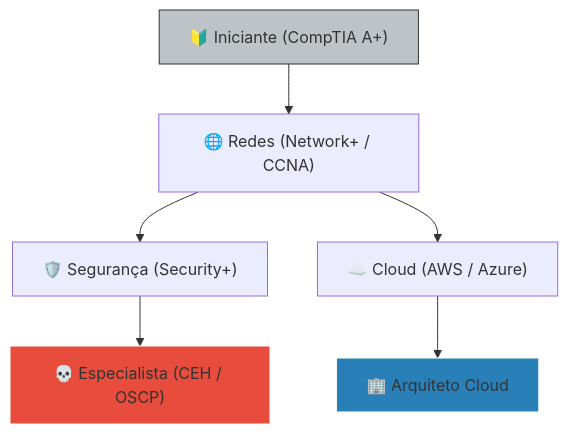
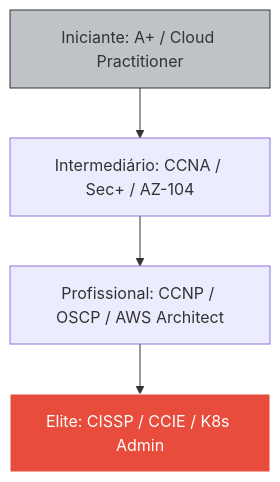
Before and after one commit to Mushyc/WIKI_MATHEUS_TI: the diagram in guias/Guia_Roadmap_Certificacoes.md, drawn with Mermaid. The commit also changed other lines of this file and 18 other files, not shown here.

````diff
--- a/guias/Guia_Roadmap_Certificacoes.md
+++ b/guias/Guia_Roadmap_Certificacoes.md
@@ -13,12 +18,9 @@
 ```mermaid
 graph TD
-    Entry["🔰 Iniciante (CompTIA A+)"] --> Net["🌐 Redes (Network+ / CCNA)"]
-    Net --> Security["🛡️ Segurança (Security+)"]
-    Net --> Cloud["☁️ Cloud (AWS / Azure)"]
-    Security --> Expert["💀 Especialista (CEH / OSCP)"]
-    Cloud --> Architect["🏢 Arquiteto Cloud"]
+    Entry["Iniciante: A+ / Cloud Practitioner"] --> Mid["Intermediário: CCNA / Sec+ / AZ-104"]
+    Mid --> Pro["Profissional: CCNP / OSCP / AWS Architect"]
+    Pro --> Expert["Elite: CISSP / CCIE / K8s Admin"]
     
     style Entry fill:#bdc3c7,stroke:#333
-    style Expert fill:#e74c3c,stroke:#fff
-    style Architect fill:#2980b9,stroke:#fff
+    style Expert fill:#e74c3c,stroke:#fff,color:#fff
 ```
````
